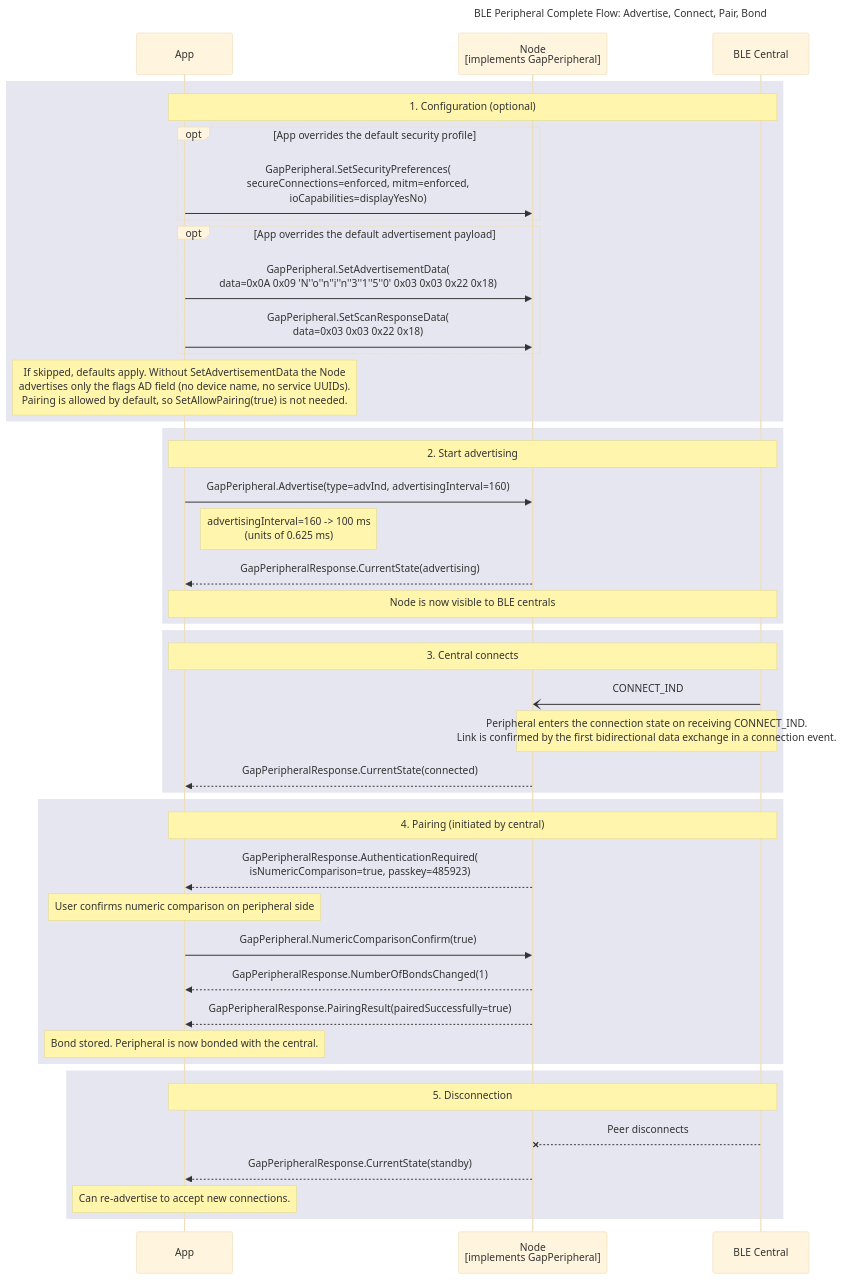
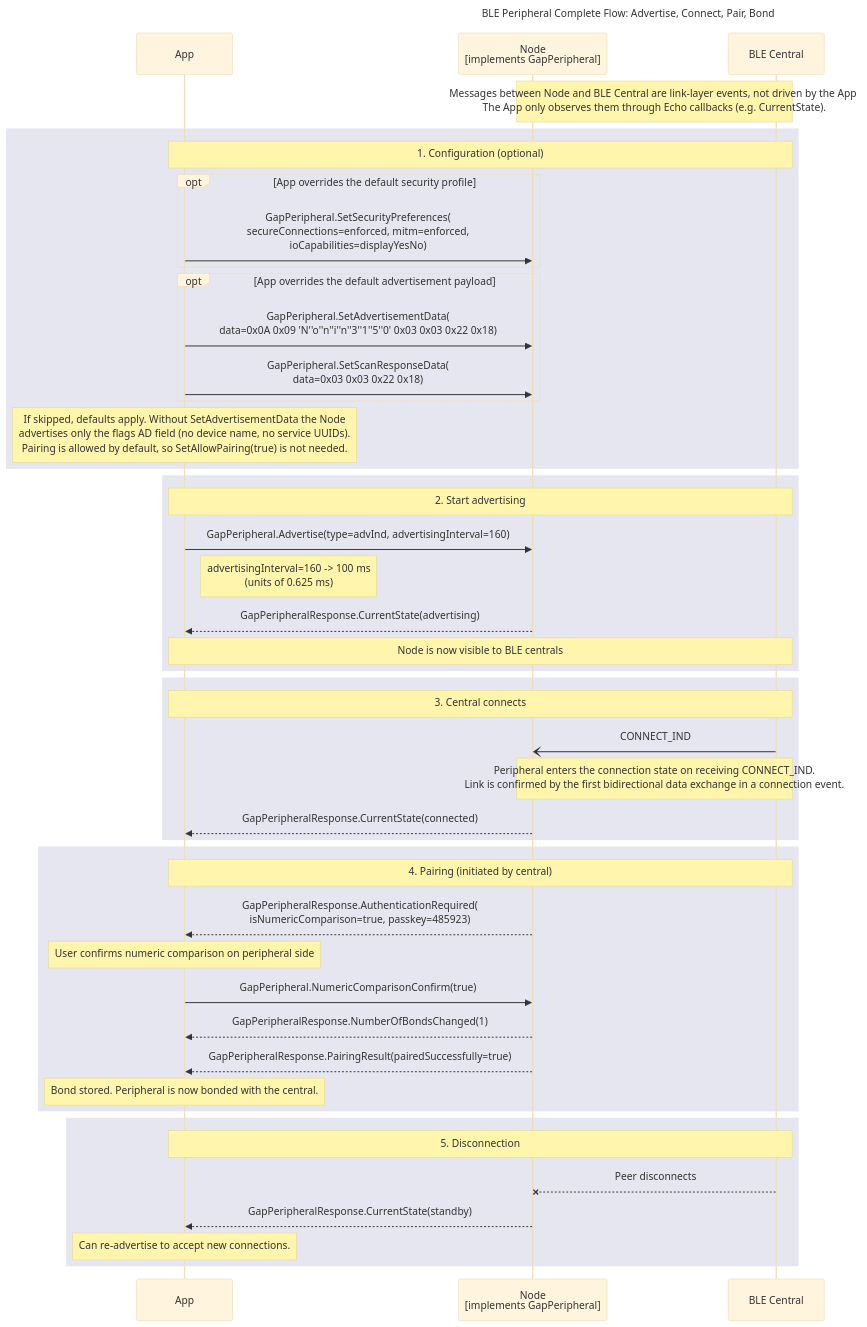
Before and after one commit to philips-software/amp-embedded-infra-lib: the diagram in documents/modules/ROOT/partials/echoservices/composite_flows/PeripheralRole_CompleteFlow_sequence.mmd, drawn with Mermaid (base theme). The commit also changed 5 other files, not shown here.

Commit message:
add note to clarify link layer arrows

```diff
--- a/documents/modules/ROOT/partials/echoservices/composite_flows/PeripheralRole_CompleteFlow_sequence.mmd
+++ b/documents/modules/ROOT/partials/echoservices/composite_flows/PeripheralRole_CompleteFlow_sequence.mmd
@@ -1,55 +1,58 @@
 sequenceDiagram
     title BLE Peripheral Complete Flow: Advertise, Connect, Pair, Bond
 
     participant App as App
     participant Node as Node<br>[implements GapPeripheral]
     participant Central as BLE Central
+
+
+    Note over Node, Central: Messages between Node and BLE Central are link-layer events, not driven by the App.<br>The App only observes them through Echo callbacks (e.g. CurrentState).
 
     rect rgb(230, 230, 240)
         note over App, Central: 1. Configuration (optional)
         opt App overrides the default security profile
             App->>Node: GapPeripheral.SetSecurityPreferences(<br>secureConnections=enforced, mitm=enforced,<br>ioCapabilities=displayYesNo)
         end
         opt App overrides the default advertisement payload
             App->>Node: GapPeripheral.SetAdvertisementData(<br>data=0x0A 0x09 'N''o''n''i''n''3''1''5''0' 0x03 0x03 0x22 0x18)
             App->>Node: GapPeripheral.SetScanResponseData(<br>data=0x03 0x03 0x22 0x18)
         end
         Note over App: If skipped, defaults apply. Without SetAdvertisementData the Node<br>advertises only the flags AD field (no device name, no service UUIDs).<br>Pairing is allowed by default, so SetAllowPairing(true) is not needed.
     end
 
     rect rgb(230, 230, 240)
         note over App, Central: 2. Start advertising
         App->>Node: GapPeripheral.Advertise(type=advInd, advertisingInterval=160)
         Note right of App: advertisingInterval=160 -> 100 ms<br>(units of 0.625 ms)
         Node-->>App: GapPeripheralResponse.CurrentState(advertising)
 
         Note over App, Central: Node is now visible to BLE centrals
     end
 
     rect rgb(230, 230, 240)
         note over App, Central: 3. Central connects
         Central-)Node: CONNECT_IND
         Note over Node, Central: Peripheral enters the connection state on receiving CONNECT_IND.<br>Link is confirmed by the first bidirectional data exchange in a connection event.
         Node-->>App: GapPeripheralResponse.CurrentState(connected)
     end
 
     rect rgb(230, 230, 240)
         note over App, Central: 4. Pairing (initiated by central)
         Node-->>App: GapPeripheralResponse.AuthenticationRequired(<br>isNumericComparison=true, passkey=485923)
 
         Note over App: User confirms numeric comparison on peripheral side
 
         App->>Node: GapPeripheral.NumericComparisonConfirm(true)
         Node-->>App: GapPeripheralResponse.NumberOfBondsChanged(1)
         Node-->>App: GapPeripheralResponse.PairingResult(pairedSuccessfully=true)
 
         Note over App: Bond stored. Peripheral is now bonded with the central.
     end
 
     rect rgb(230, 230, 240)
         note over App, Central: 5. Disconnection
         Central--xNode: Peer disconnects
         Node-->>App: GapPeripheralResponse.CurrentState(standby)
 
         Note over App: Can re-advertise to accept new connections.
     end
```
